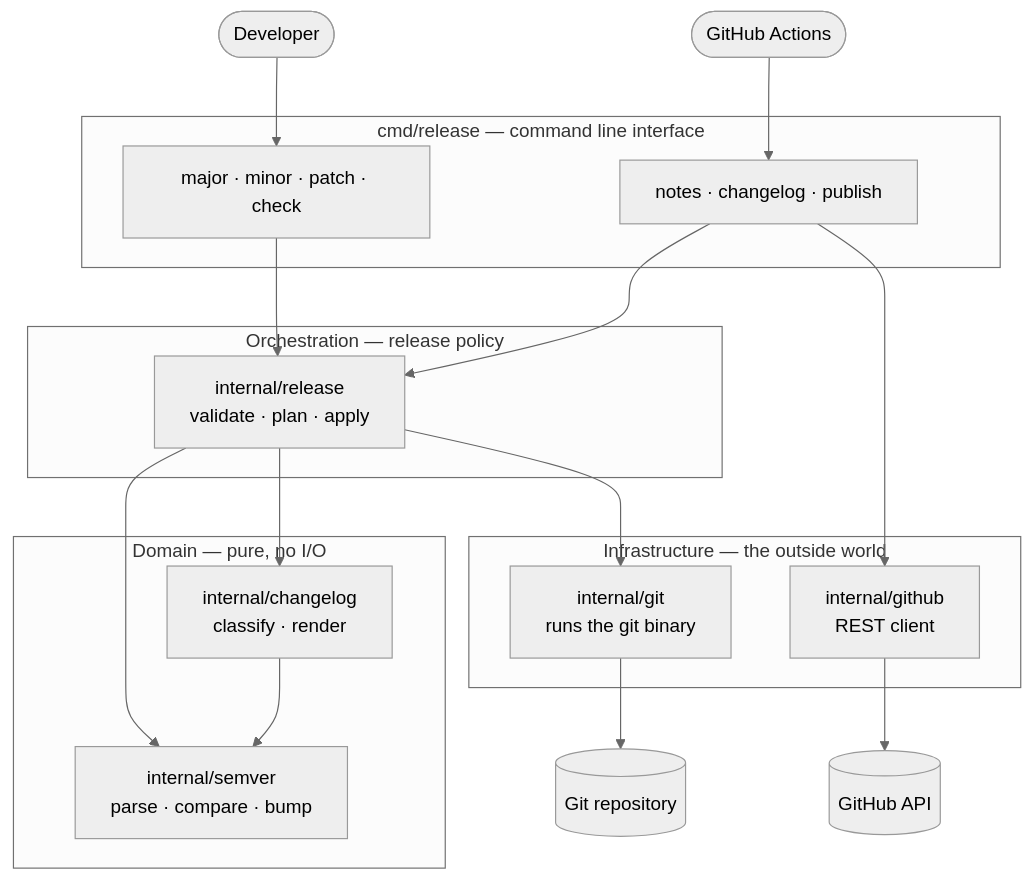
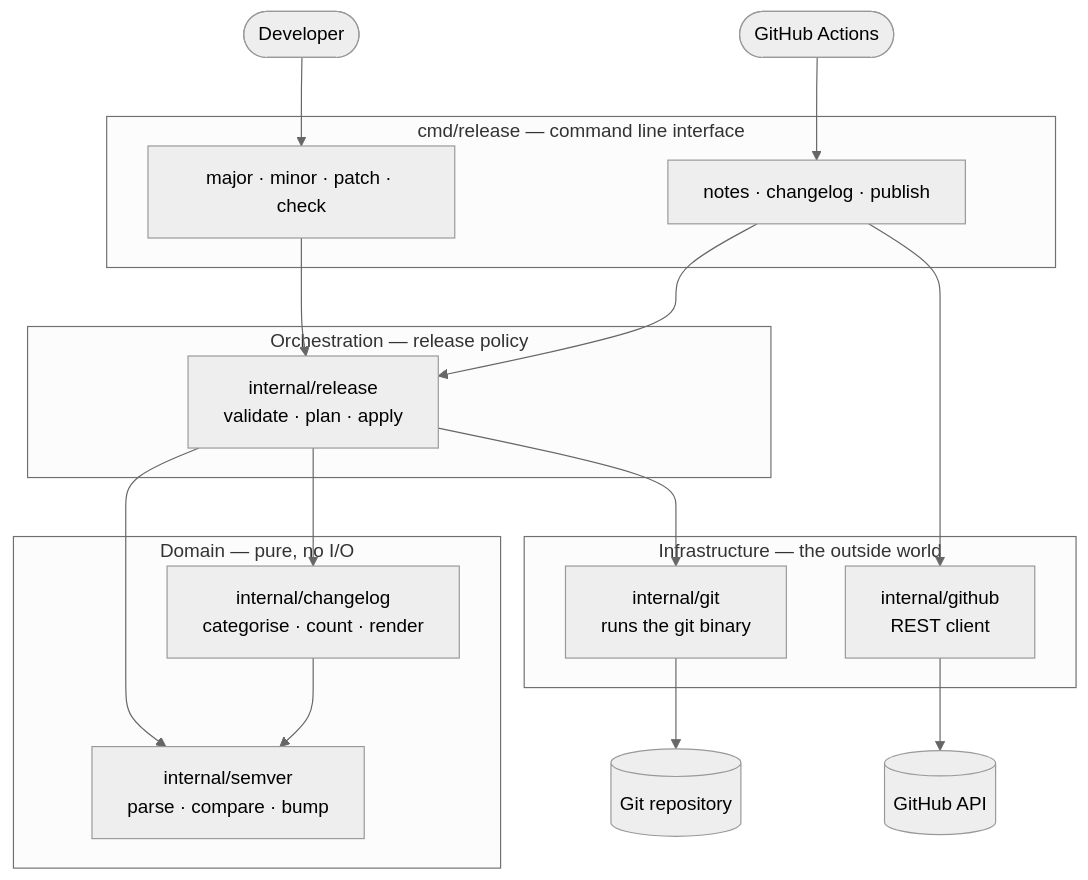
The first of 2 diagrams in README.md (teddynted/designing-an-ai-agent-platform-on-aws), drawn with Mermaid (neutral theme) before and after one commit. The commit also changed other lines of this file and 29 other files, not shown here.

````diff
--- a/README.md
+++ b/README.md
@@ -73,39 +92,39 @@
 ```mermaid
 flowchart TB
     dev(["Developer"])
     actions(["GitHub Actions"])
 
     subgraph cli["cmd/release — command line interface"]
         cut["major · minor · patch · check"]
         post["notes · changelog · publish"]
     end
 
     subgraph orchestration["Orchestration — release policy"]
         rel["internal/release<br/>validate · plan · apply"]
     end
 
     subgraph domain["Domain — pure, no I/O"]
         sv["internal/semver<br/>parse · compare · bump"]
-        cl["internal/changelog<br/>classify · render"]
+        cl["internal/changelog<br/>categorise · count · render"]
     end
 
     subgraph infra["Infrastructure — the outside world"]
         gitpkg["internal/git<br/>runs the git binary"]
         ghpkg["internal/github<br/>REST client"]
     end
 
     repo[("Git repository")]
     api[("GitHub API")]
 
     dev --> cut
     actions --> post
     cut --> rel
     post --> rel
     post --> ghpkg
     rel --> sv
     rel --> cl
     rel --> gitpkg
     cl --> sv
     gitpkg --> repo
     ghpkg --> api
 ```
````
